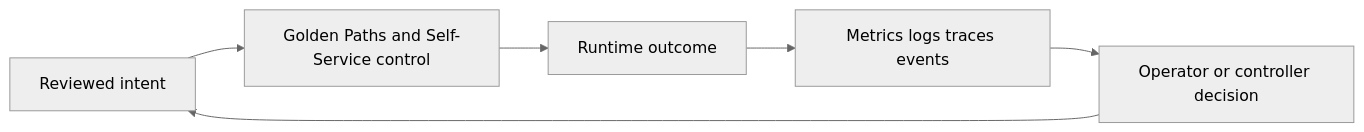
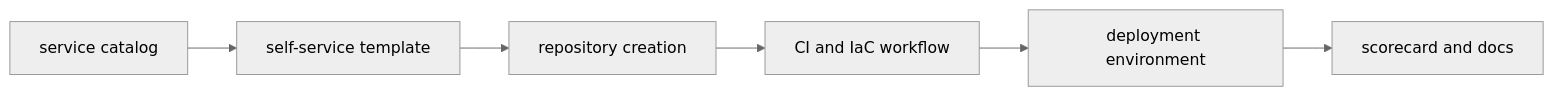
The diagram in docs/study/platform-engineering/02-golden-paths-and-self-service.md (m1mohamad/devops-sre-prep), drawn with Mermaid (neutral theme) before and after one commit. The commit also changed other lines of this file and 61 other files, not shown here.

Commit message:
Replace generic architecture and study templates

````diff
--- a/docs/study/platform-engineering/02-golden-paths-and-self-service.md
+++ b/docs/study/platform-engineering/02-golden-paths-and-self-service.md
@@ -20,8 +15,4 @@
 ```mermaid
 flowchart LR
-  Intent[Reviewed intent] --> Control[Golden Paths and Self-Service control]
-  Control --> Runtime[Runtime outcome]
-  Runtime --> Signals[Metrics logs traces events]
-  Signals --> Decision[Operator or controller decision]
-  Decision --> Intent
+  N0[service catalog] --> N1[self-service template] --> N2[repository creation] --> N3[CI and IaC workflow] --> N4[deployment environment] --> N5[scorecard and docs]
 ```
````
